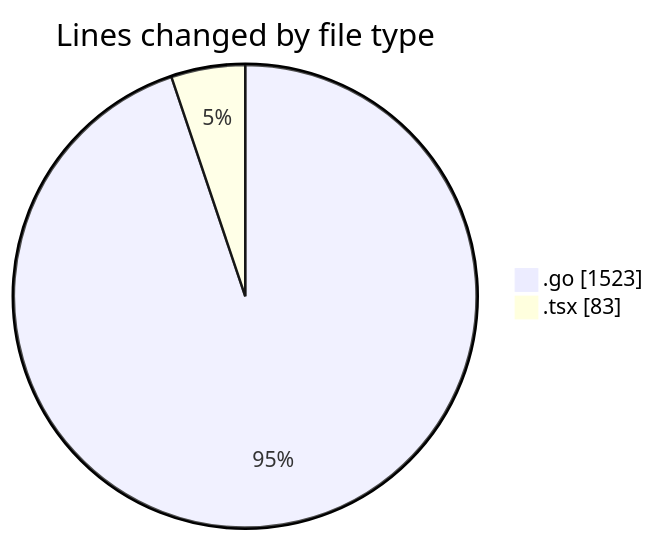
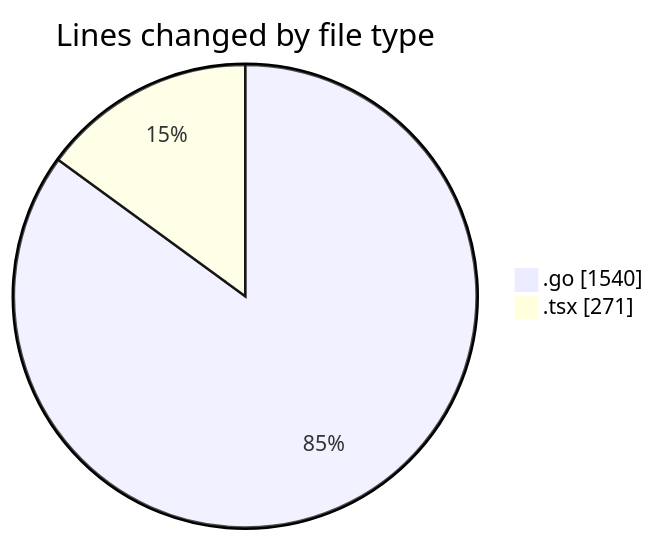
One commit to robertbonfada/code-tracking changed the first of 2 diagrams in 2025-03-10/termonied_testador/README.md. Above: the diagram before and after it, drawn with Mermaid. The commit also changed other lines of this file and 1 other file, not shown here.

````diff
--- a/2025-03-10/termonied_testador/README.md
+++ b/2025-03-10/termonied_testador/README.md
@@ -24,6 +26,6 @@
 ```mermaid
 pie showData
 title Lines changed by file type
-".go" : 1523
-".tsx" : 83
+".go" : 1540
+".tsx" : 271
 ```
````
